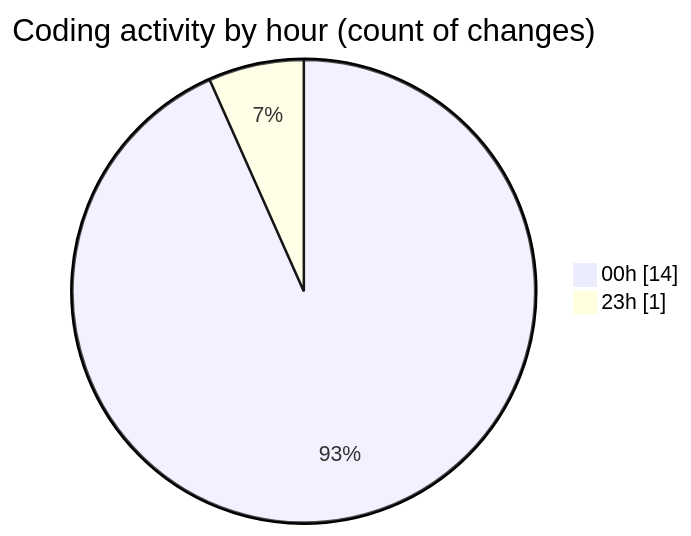
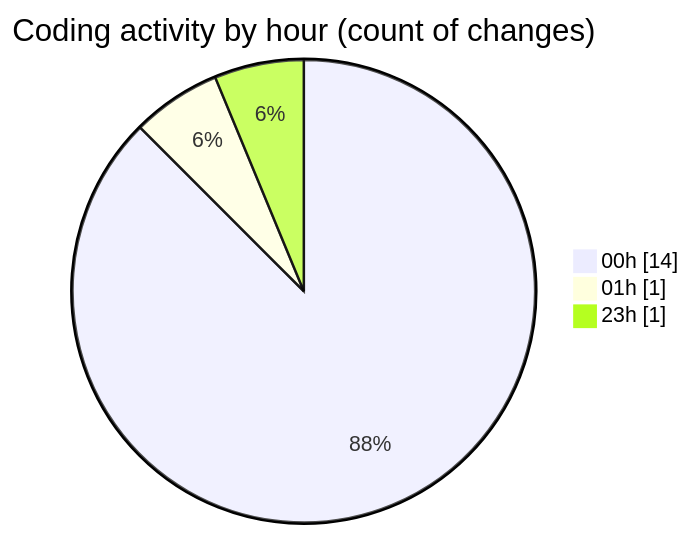
The second of 2 diagrams in 2025-10-23/frontend-cms/README.md (julien-gomy/code-tracking), drawn with Mermaid before and after one commit. The commit also changed other lines of this file and 1 other file, not shown here.

````diff
--- a/2025-10-23/frontend-cms/README.md
+++ b/2025-10-23/frontend-cms/README.md
@@ -37,6 +38,7 @@
 ```mermaid
 pie showData
 title Coding activity by hour (count of changes)
 "00h" : 14
+"01h" : 1
 "23h" : 1
 ```
````
